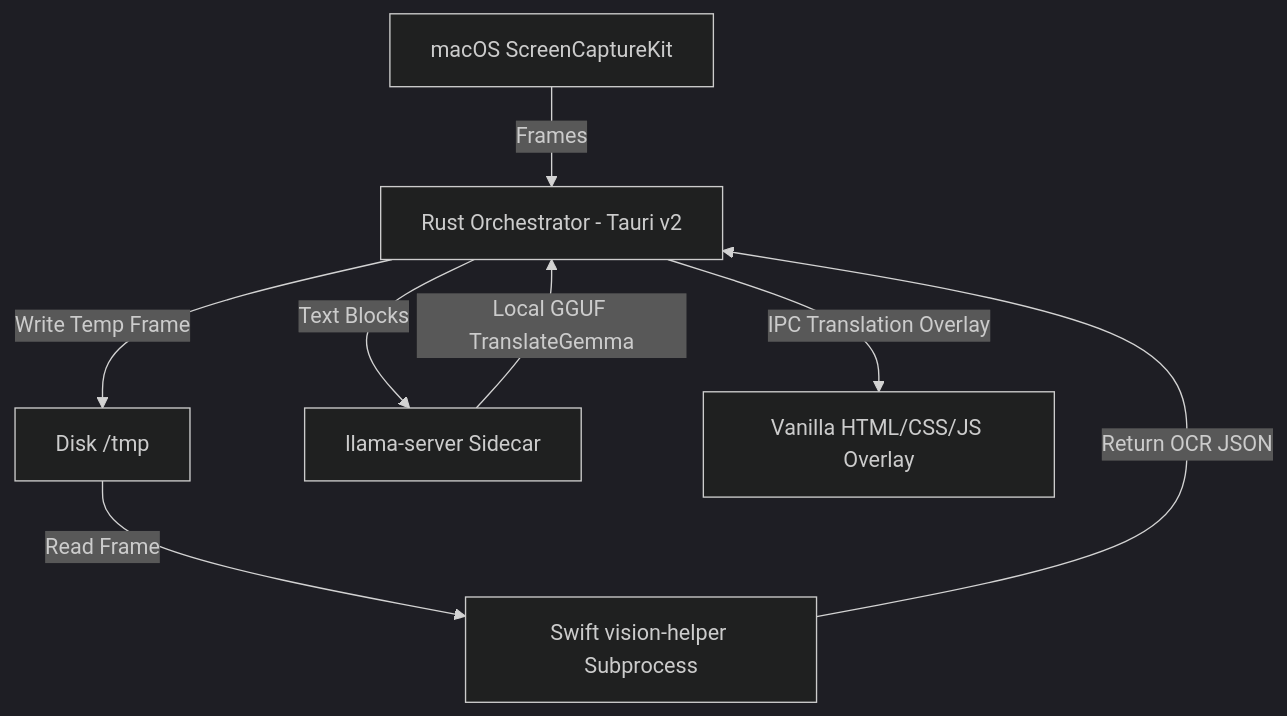
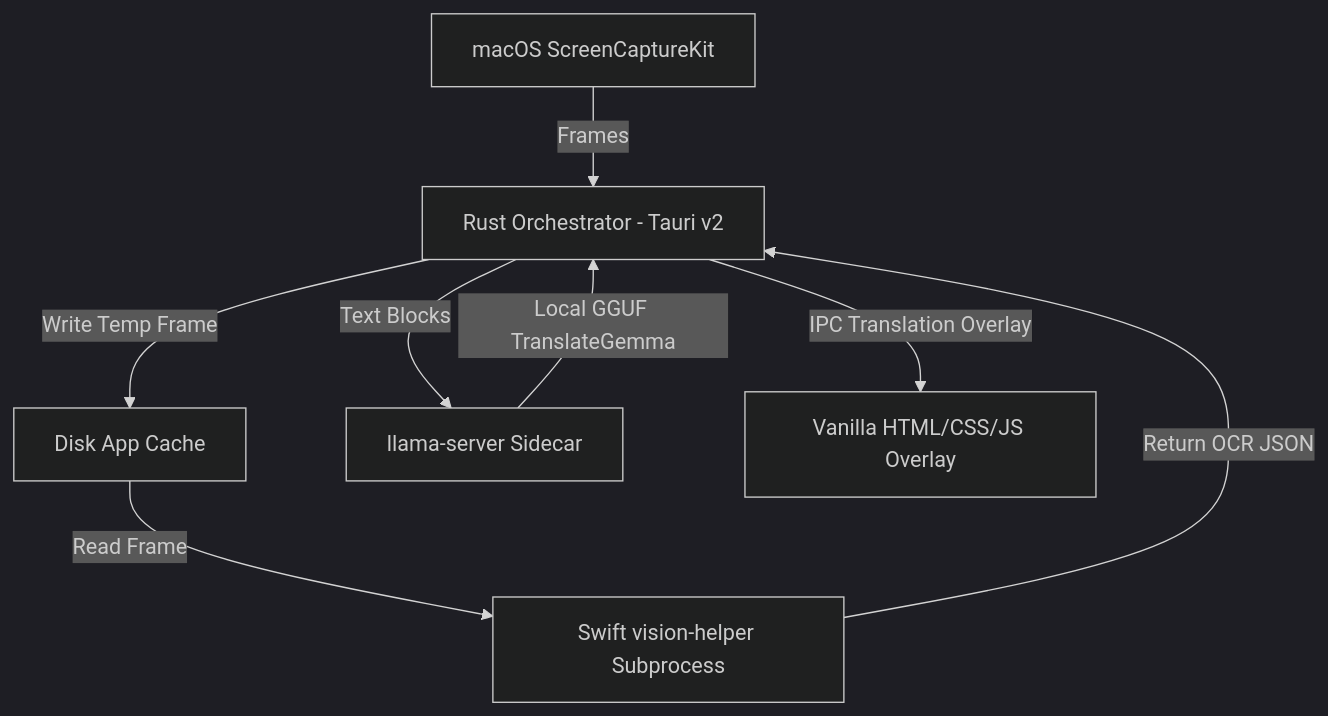
The diagram in docs/TECH-STACK.md (nazakun021/contextura), drawn with Mermaid (dark theme) before and after one commit. The commit also changed other lines of this file and 4 other files, not shown here.

Commit message:
docs: mark all roadmap phases as complete and migrate snapshot storage to secure application cache directory

````diff
--- a/docs/TECH-STACK.md
+++ b/docs/TECH-STACK.md
@@ -7,10 +7,10 @@
 ```mermaid
 graph TD
     SCK[macOS ScreenCaptureKit] -->|Frames| Rust[Rust Orchestrator - Tauri v2]
-    Rust -->|Write Temp Frame| Disk[Disk /tmp]
+    Rust -->|Write Temp Frame| Disk[Disk App Cache]
     Disk -->|Read Frame| Swift[Swift vision-helper Subprocess]
     Swift -->|Return OCR JSON| Rust
     Rust -->|Text Blocks| LLM[llama-server Sidecar]
     LLM -->|Local GGUF TranslateGemma| Rust
     Rust -->|IPC Translation Overlay| FE[Vanilla HTML/CSS/JS Overlay]
 ```
````
